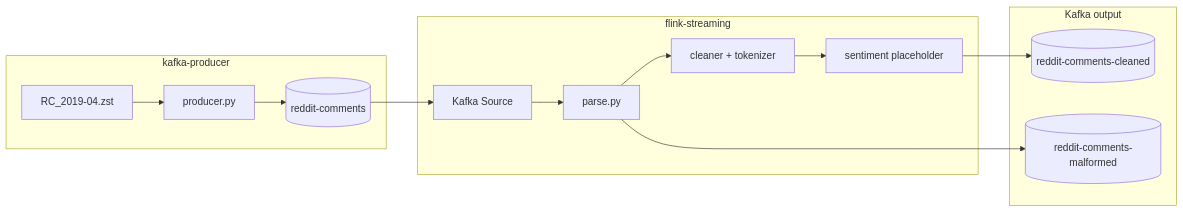
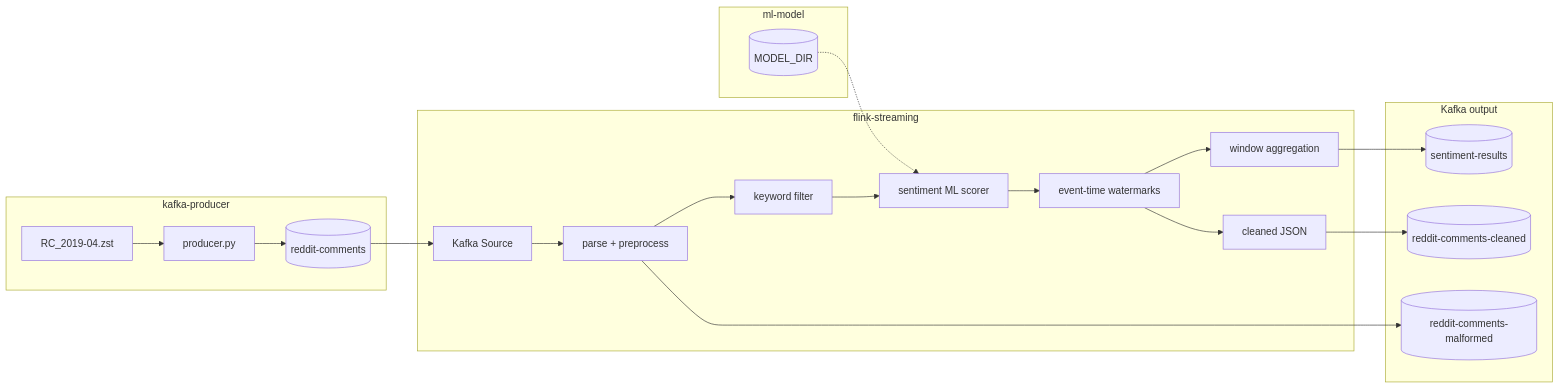
One commit to AaradhyaDeotale/redditsentimentanalysisbigdata changed the diagram in flink-streaming/README.md. Above: the diagram before and after it, drawn with Mermaid. The commit also changed other lines of this file, not shown here.

First line of the commit message:
docs(flink): update README for ML scorer and sentiment-results sink

````diff
--- a/flink-streaming/README.md
+++ b/flink-streaming/README.md
@@ -32,26 +33,37 @@
 ```mermaid
 flowchart LR
   subgraph ingest [kafka-producer]
     ZST[RC_2019-04.zst]
     PROD[producer.py]
     TIN[(reddit-comments)]
     ZST --> PROD --> TIN
   end
 
   subgraph flink [flink-streaming]
     SRC[Kafka Source]
-    PARSE[parse.py]
-    PRE[cleaner + tokenizer]
-    SENT[sentiment placeholder]
-    SRC --> PARSE --> PRE --> SENT
+    PARSE[parse + preprocess]
+    KW[keyword filter]
+    ML[sentiment ML scorer]
+    WM[event-time watermarks]
+  WIN[window aggregation]
+    SRC --> PARSE --> KW --> ML --> WM
+    WM --> WIN
+    WM --> TCLEAN[cleaned JSON]
   end
 
   subgraph egress [Kafka output]
     TOUT[(reddit-comments-cleaned)]
+    TRES[(sentiment-results)]
     TMAL[(reddit-comments-malformed)]
-    SENT --> TOUT
+    TCLEAN --> TOUT
+    WIN --> TRES
     PARSE --> TMAL
+  end
+
+  subgraph ml [ml-model]
+    STORE[(MODEL_DIR)]
+    STORE -.-> ML
   end
 
   TIN --> SRC
 ```
````
